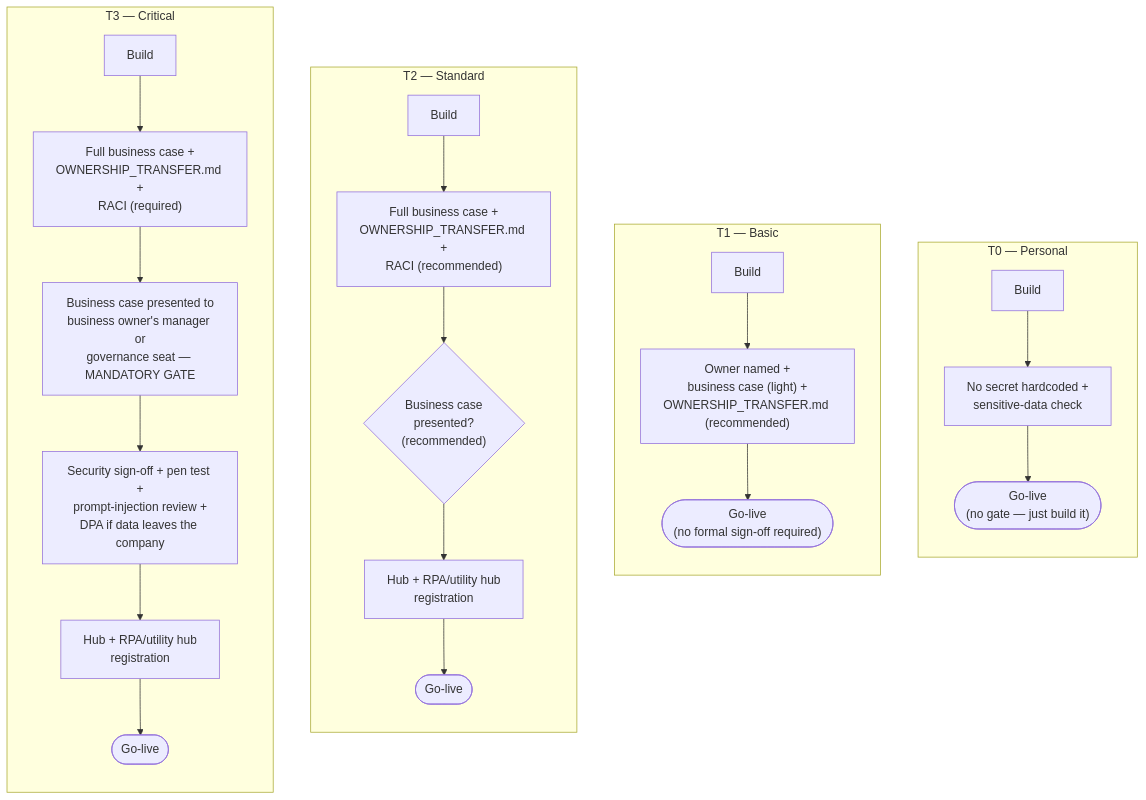
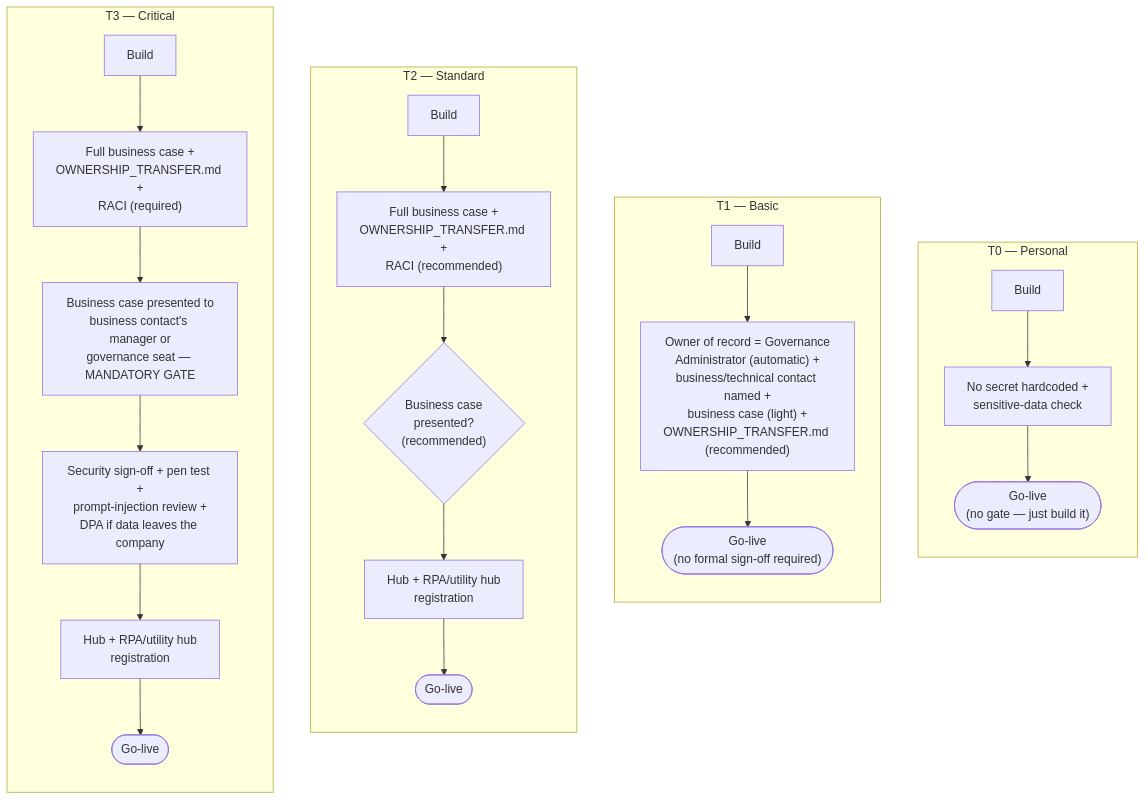
The second of 5 diagrams in PROCESS_FLOW.md (Mikujon/ai-governance-kit), drawn with Mermaid before and after one commit. The commit also changed other lines of this file and 13 other files, not shown here.

````diff
--- a/PROCESS_FLOW.md
+++ b/PROCESS_FLOW.md
@@ -32,27 +32,27 @@
 ```mermaid
 flowchart TD
     subgraph T0["T0 — Personal"]
         direction TB
         T0a["Build"] --> T0b["No secret hardcoded +<br/>sensitive-data check"] --> T0c(["Go-live<br/>(no gate — just build it)"])
     end
 
     subgraph T1["T1 — Basic"]
         direction TB
-        T1a["Build"] --> T1b["Owner named +<br/>business case (light) +<br/>OWNERSHIP_TRANSFER.md (recommended)"] --> T1c(["Go-live<br/>(no formal sign-off required)"])
+        T1a["Build"] --> T1b["Owner of record = Governance<br/>Administrator (automatic) +<br/>business/technical contact named +<br/>business case (light) +<br/>OWNERSHIP_TRANSFER.md (recommended)"] --> T1c(["Go-live<br/>(no formal sign-off required)"])
     end
 
     subgraph T2["T2 — Standard"]
         direction TB
         T2a["Build"] --> T2b["Full business case +<br/>OWNERSHIP_TRANSFER.md +<br/>RACI (recommended)"]
         T2b --> T2c{"Business case<br/>presented?<br/>(recommended)"}
         T2c --> T2d["Hub + RPA/utility hub<br/>registration"] --> T2e(["Go-live"])
     end
 
     subgraph T3["T3 — Critical"]
         direction TB
         T3a["Build"] --> T3b["Full business case +<br/>OWNERSHIP_TRANSFER.md +<br/>RACI (required)"]
-        T3b --> T3c["Business case presented to<br/>business owner's manager or<br/>governance seat — MANDATORY GATE"]
+        T3b --> T3c["Business case presented to<br/>business contact's manager or<br/>governance seat — MANDATORY GATE"]
         T3c --> T3d["Security sign-off + pen test +<br/>prompt-injection review +<br/>DPA if data leaves the company"]
         T3d --> T3e["Hub + RPA/utility hub<br/>registration"] --> T3f(["Go-live"])
     end
 ```
````
